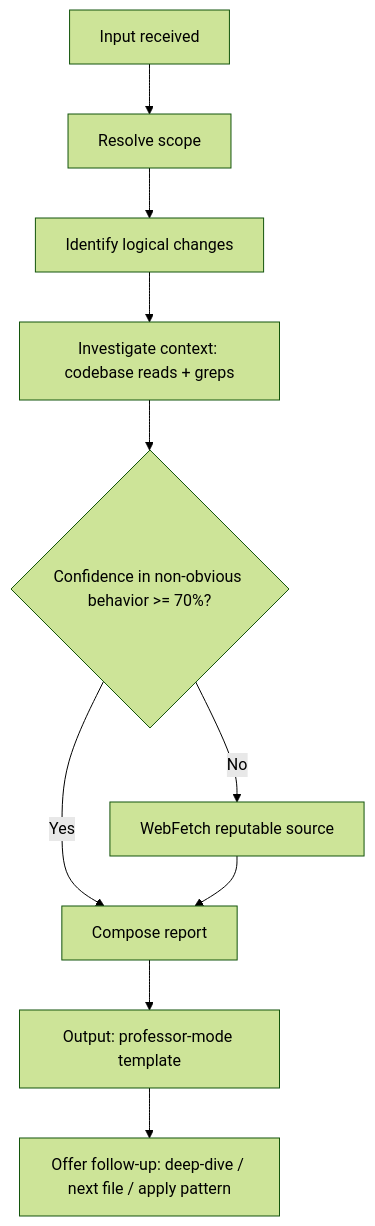
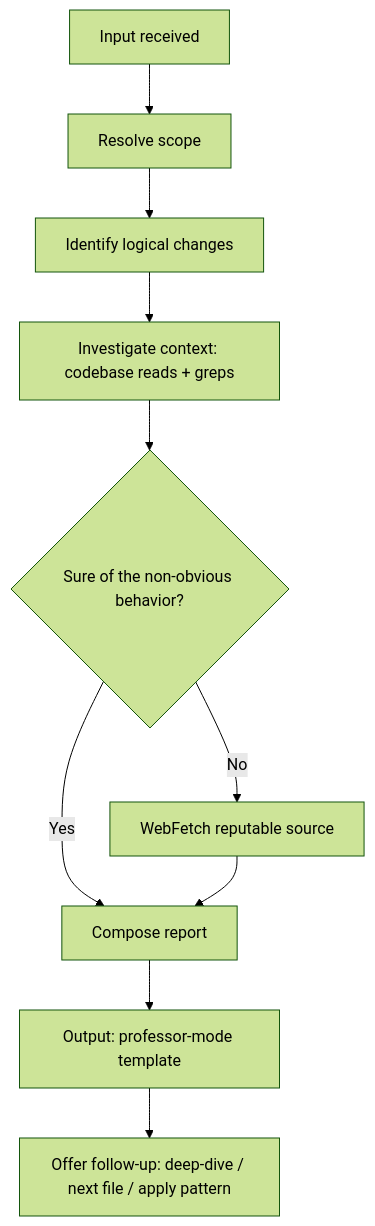
Before and after one commit to MaciWP/poneglyph: the second of 2 diagrams in .claude/skills/changes-explain/SKILL.md, drawn with Mermaid (forest theme). The commit also changed other lines of this file and 357 other files, not shown here.

````diff
--- a/.claude/skills/changes-explain/SKILL.md
+++ b/.claude/skills/changes-explain/SKILL.md
@@ -74,12 +73,12 @@
 ```mermaid
 graph TD
     A[Input received] --> B[Resolve scope]
     B --> C[Identify logical changes]
     C --> D[Investigate context: codebase reads + greps]
-    D --> E{Confidence in non-obvious behavior >= 70%?}
+    D --> E{Sure of the non-obvious behavior?}
     E -->|No| F[WebFetch reputable source]
     E -->|Yes| G[Compose report]
     F --> G
     G --> H[Output: professor-mode template]
     H --> I[Offer follow-up: deep-dive / next file / apply pattern]
 ```
````
